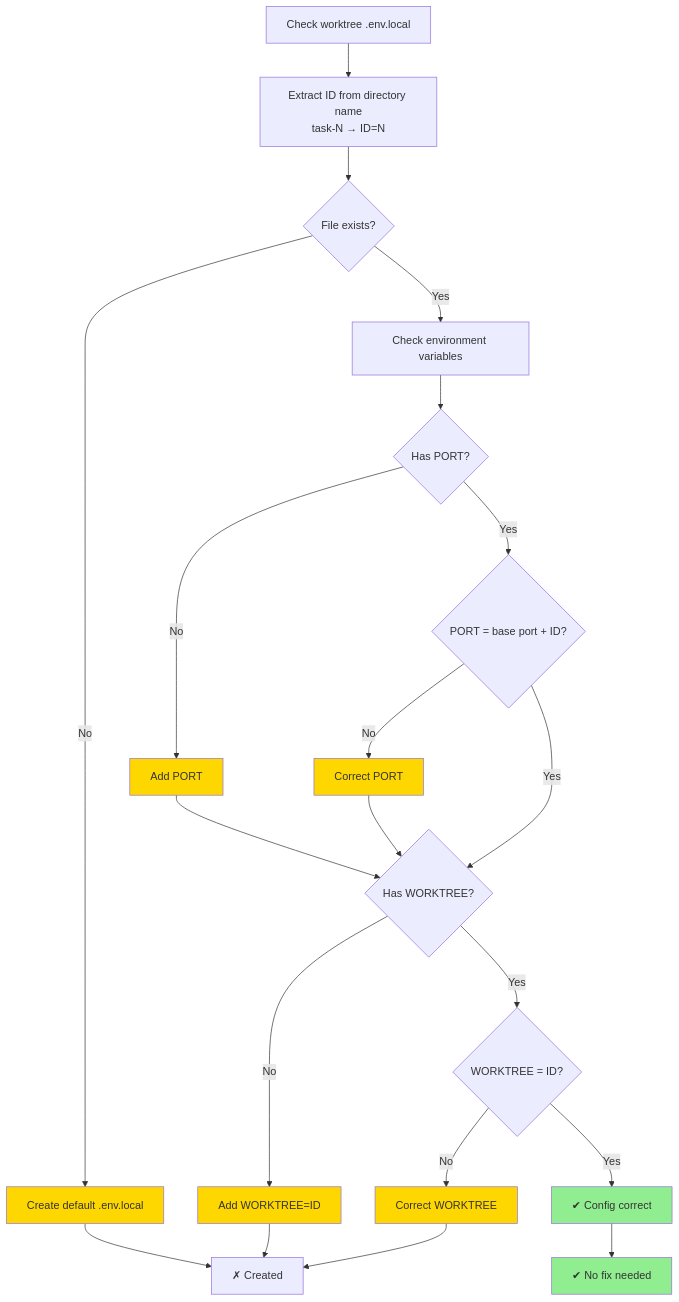
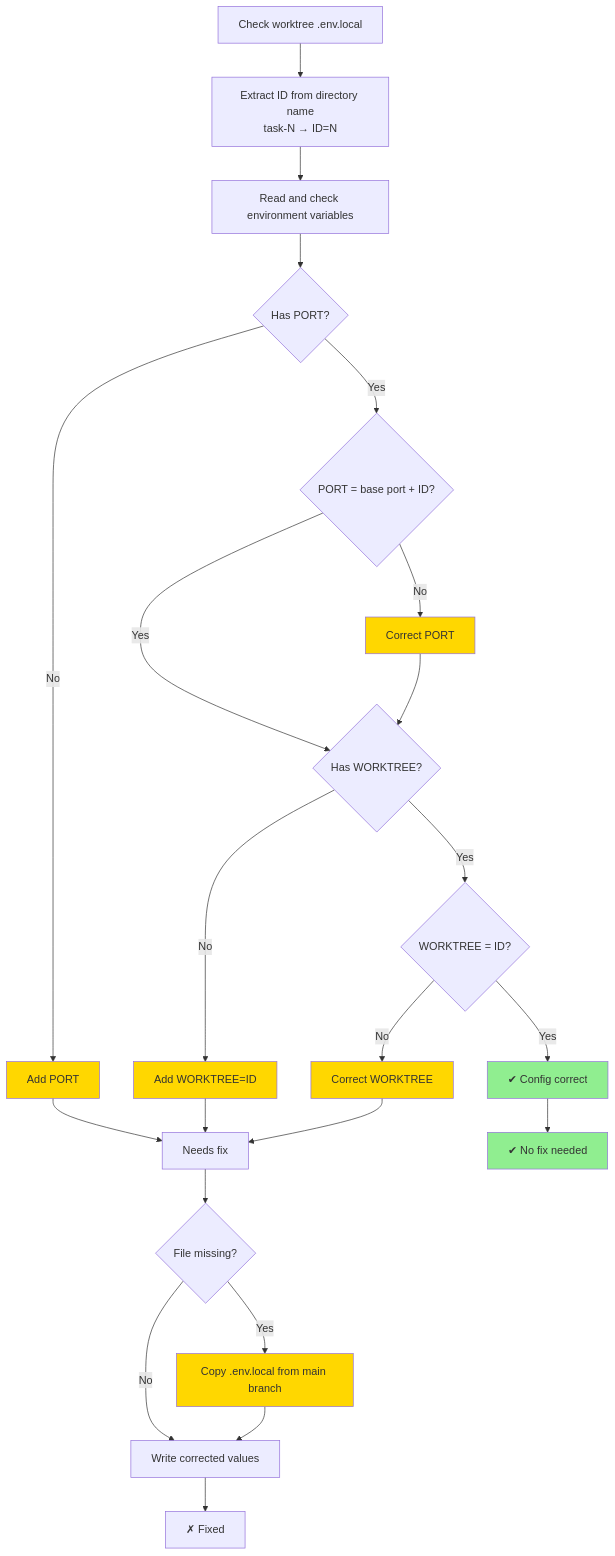
The third of 4 diagrams in docs/en/develop/design/commands/design-repair-command.md (colin-han/colyn), drawn with Mermaid before and after one commit. The commit also changed other lines of this file and 44 other files, not shown here.

````diff
--- a/docs/en/develop/design/commands/design-repair-command.md
+++ b/docs/en/develop/design/commands/design-repair-command.md
@@ -243,38 +243,40 @@
 ```mermaid
 graph TD
     Start[Check worktree .env.local] --> GetID[Extract ID from directory name<br/>task-N → ID=N]
 
-    GetID --> FileExists{File exists?}
-    FileExists -->|No| CreateFile[Create default .env.local]
-    FileExists -->|Yes| CheckVars[Check environment variables]
-
-    CreateFile --> End[✗ Created]
+    GetID --> CheckVars[Read and check environment variables]
 
     CheckVars --> HasPort{Has PORT?}
     HasPort -->|No| AddPort[Add PORT]
     HasPort -->|Yes| PortCorrect{PORT = base port + ID?}
 
     PortCorrect -->|No| FixPort[Correct PORT]
     PortCorrect -->|Yes| HasWT{Has WORKTREE?}
 
-    AddPort --> HasWT
+    AddPort --> NeedFix
     FixPort --> HasWT
 
     HasWT -->|No| AddWT[Add WORKTREE=ID]
     HasWT -->|Yes| WTCorrect{WORKTREE = ID?}
 
     WTCorrect -->|No| FixWT[Correct WORKTREE]
     WTCorrect -->|Yes| AllOK[✔ Config correct]
 
-    AddWT --> End
-    FixWT --> End
+    AddWT --> NeedFix
+    FixWT --> NeedFix
+
+    NeedFix[Needs fix] --> FileMissing{File missing?}
+    FileMissing -->|Yes| CopyFromMain[Copy .env.local from main branch]
+    FileMissing -->|No| WriteFix[Write corrected values]
+    CopyFromMain --> WriteFix
+    WriteFix --> End[✗ Fixed]
     AllOK --> End2[✔ No fix needed]
 
-    style CreateFile fill:#FFD700
     style AddPort fill:#FFD700
     style FixPort fill:#FFD700
     style AddWT fill:#FFD700
     style FixWT fill:#FFD700
+    style CopyFromMain fill:#FFD700
     style AllOK fill:#90EE90
     style End2 fill:#90EE90
 ```
````
